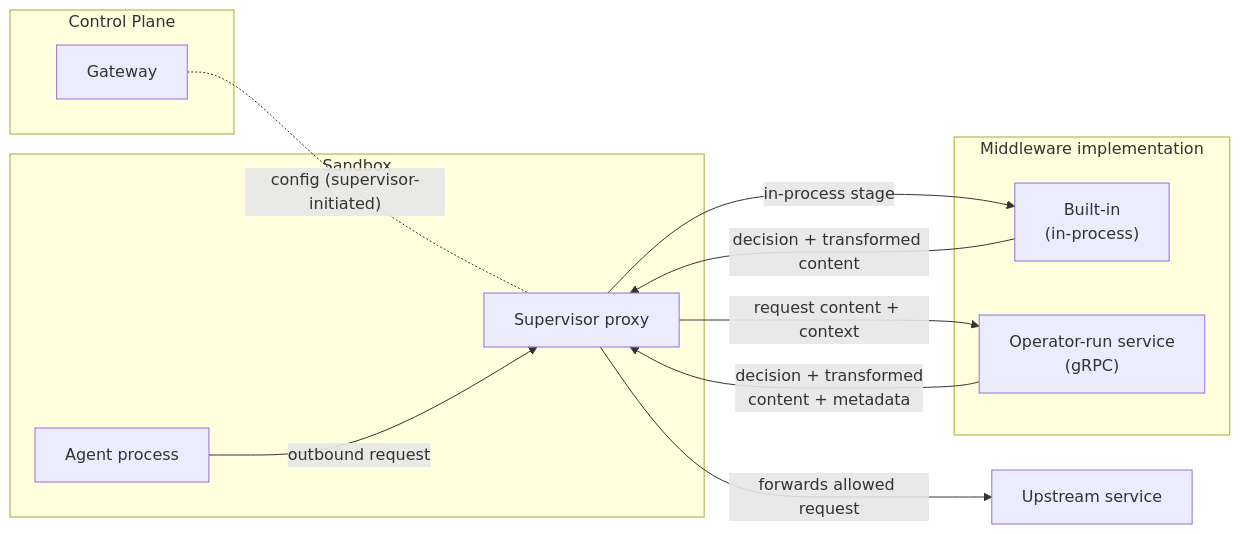
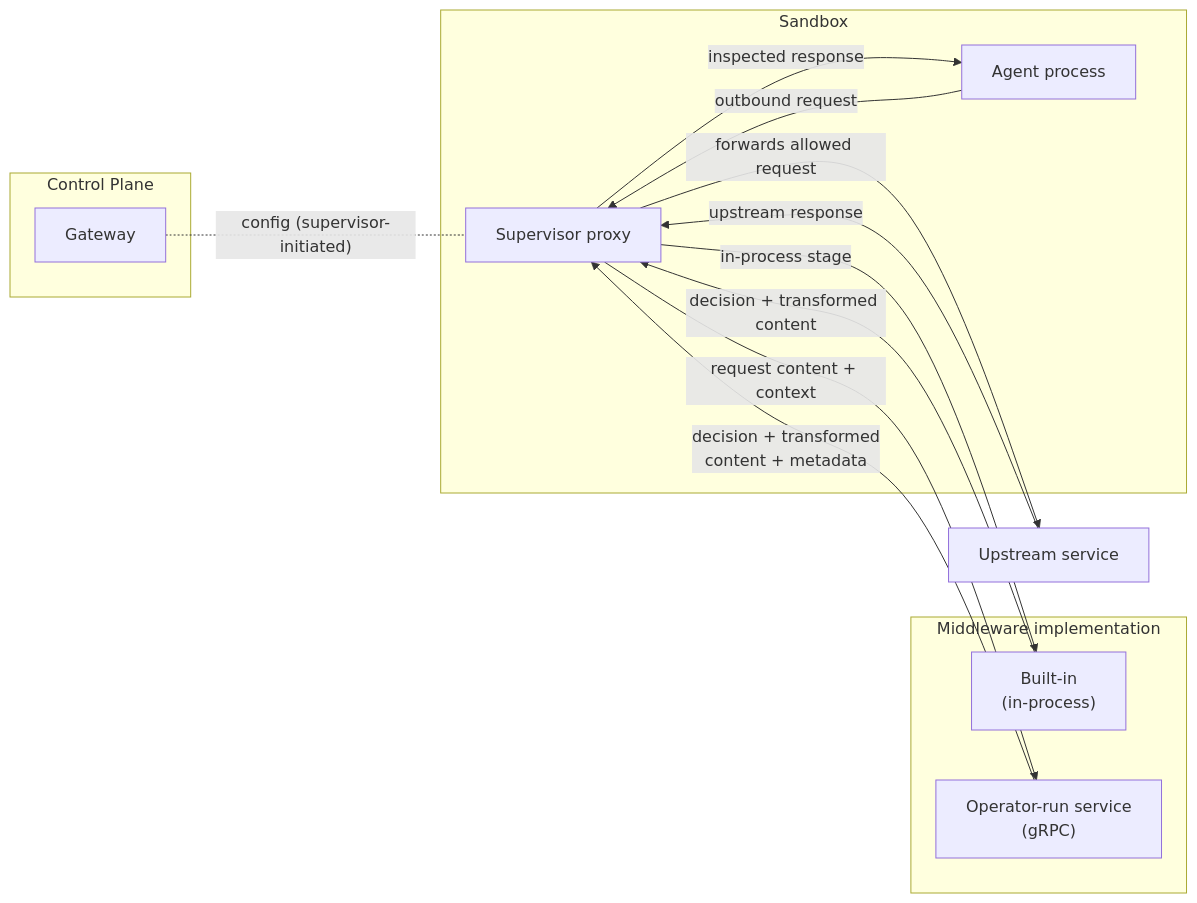
One commit to NVIDIA/OpenShell changed the first of 2 diagrams in rfc/0009-supervisor-middleware/README.md. Above: the diagram before and after it, drawn with Mermaid. The commit also changed other lines of this file and 7 other files, not shown here.

````diff
--- a/rfc/0009-supervisor-middleware/README.md
+++ b/rfc/0009-supervisor-middleware/README.md
@@ -89,23 +91,25 @@
 ```mermaid
 graph LR
     subgraph CP["Control Plane"]
       GW["Gateway"]
     end
     subgraph SB["Sandbox"]
       AGENT["Agent process"]
       SUP["Supervisor proxy"]
     end
     subgraph MI["Middleware implementation"]
       BI["Built-in<br/>(in-process)"]
       MW["Operator-run service<br/>(gRPC)"]
     end
     UP["Upstream service"]
 
     GW -. "config (supervisor-initiated)" .- SUP
     AGENT -->|"outbound request"| SUP
     SUP -->|"in-process stage"| BI
     BI -->|"decision + transformed content"| SUP
     SUP -->|"request content + context"| MW
     MW -->|"decision + transformed<br/>content + metadata"| SUP
     SUP -->|"forwards allowed request"| UP
+    UP -->|"upstream response"| SUP
+    SUP -->|"inspected response"| AGENT
 ```
````
